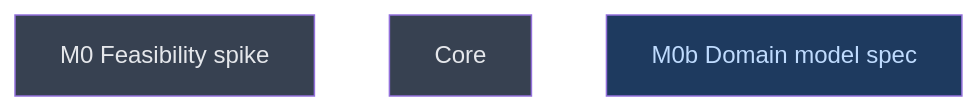
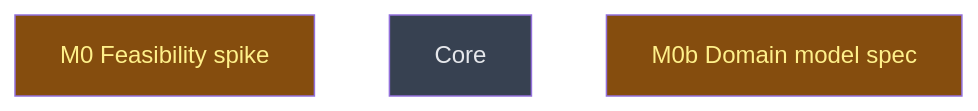
The diagram in __roadmap__/roadmap-mcp-rework/README.md (CrackingShells/cracking-shells-playbook), drawn with Mermaid before and after one commit. The commit also changed other lines of this file, not shown here.

Commit message:
chore(roadmap): start the m0 and m0b milestones
Both root leaves of the rdm meta-roadmap move to inprogress. Their
campaigns are planned in this session and run in parallel.

````diff
--- a/__roadmap__/roadmap-mcp-rework/README.md
+++ b/__roadmap__/roadmap-mcp-rework/README.md
@@ -36,11 +36,11 @@
 ```mermaid
 graph TD
-    m0_feasibility_spike[M0 Feasibility spike]:::planned
+    m0_feasibility_spike[M0 Feasibility spike]:::inprogress
     core[Core]:::planned
-    m0b_domain_model_spec[M0b Domain model spec]:::amendment
+    m0b_domain_model_spec[M0b Domain model spec]:::inprogress
     classDef done       fill:#166534,color:#bbf7d0
     classDef inprogress fill:#854d0e,color:#fef08a
     classDef planned    fill:#374151,color:#e5e7eb
     classDef amendment  fill:#1e3a5f,color:#bfdbfe
     classDef blocked    fill:#7f1d1d,color:#fecaca
 ```
````
